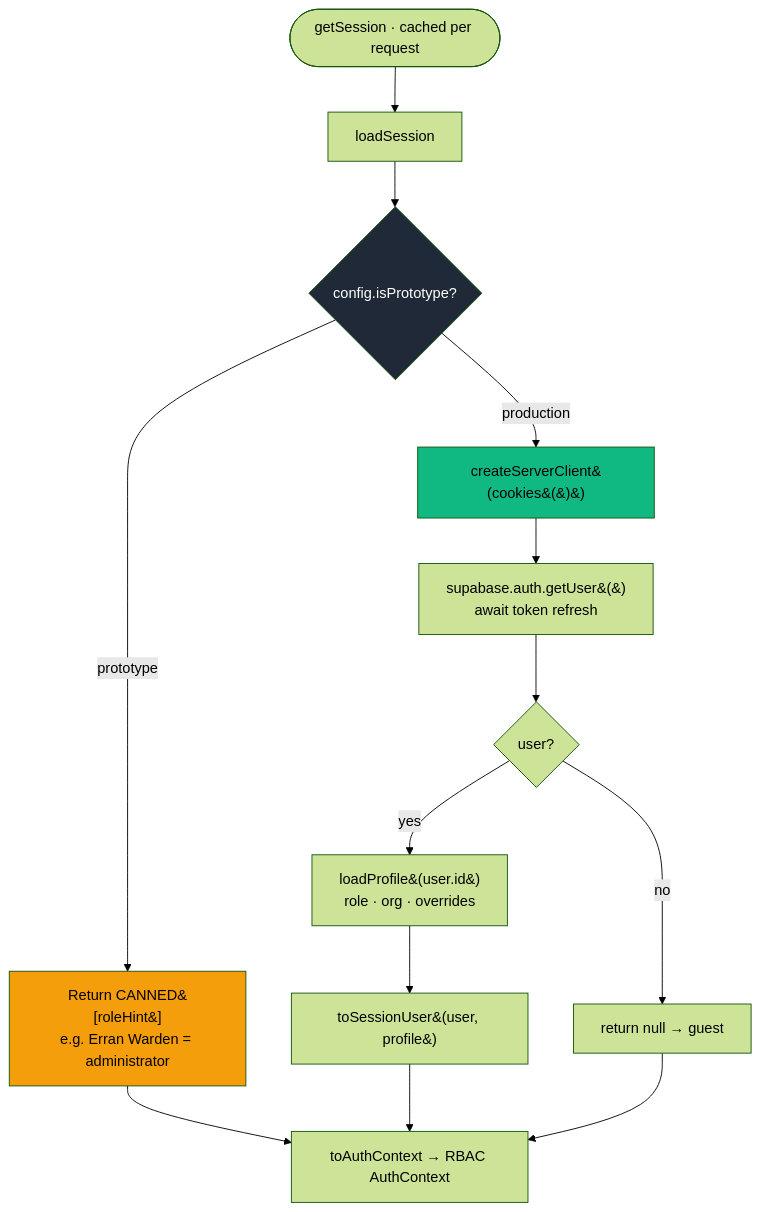
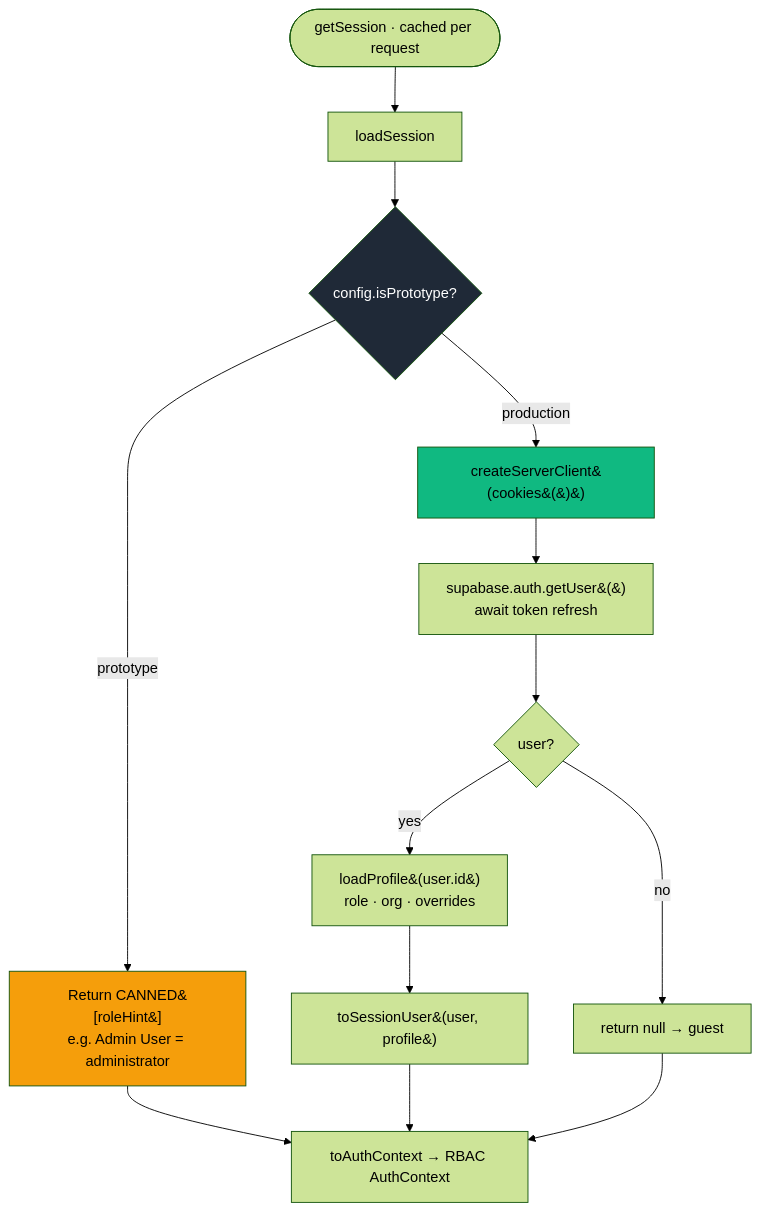
One commit to jayjay77uk/Juice-doctor changed the second of 4 diagrams in docs/architecture/01-authentication.md. Above: the diagram before and after it, drawn with Mermaid (forest theme). The commit also changed other lines of this file and 71 other files, not shown here.

````diff
--- a/docs/architecture/01-authentication.md
+++ b/docs/architecture/01-authentication.md
@@ -151,22 +151,22 @@
 ```mermaid
 flowchart TD
     Start([getSession · cached per request]) --> Load[loadSession]
     Load --> Mode{config.isPrototype?}
 
-    Mode -->|prototype| Canned["Return CANNED&#91;roleHint&#93;<br/>e.g. Erran Warden = administrator"]
+    Mode -->|prototype| Canned["Return CANNED&#91;roleHint&#93;<br/>e.g. Admin User = administrator"]
     Mode -->|production| Cookie["createServerClient&#40;cookies&#40;&#41;&#41;"]
 
     Cookie --> User["supabase.auth.getUser&#40;&#41;<br/>await token refresh"]
     User --> HasUser{user?}
     HasUser -->|no| Null[return null → guest]
     HasUser -->|yes| Profile["loadProfile&#40;user.id&#41;<br/>role · org · overrides"]
     Profile --> Build["toSessionUser&#40;user, profile&#41;"]
 
     Canned --> Ctx[toAuthContext → RBAC AuthContext]
     Build --> Ctx
     Null --> Ctx
 
     style Mode fill:#1f2937,color:#fff
     style Canned fill:#f59e0b,color:#000
     style Cookie fill:#10b981,color:#000
 ```
````
